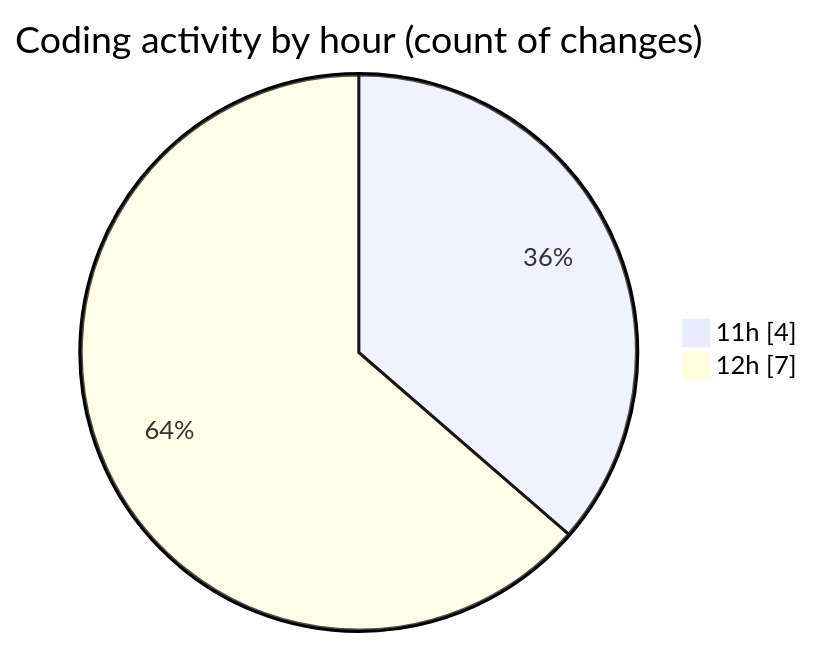
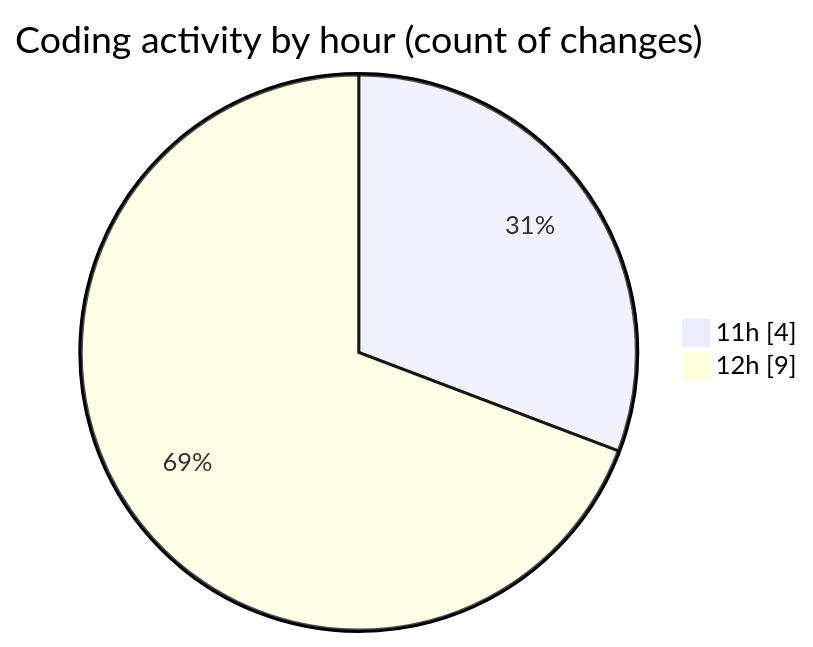
One commit to seballot/code-tracking changed the second of 2 diagrams in 2025-06-18/app__container_registration-app__calm-app__/README.md. Above: the diagram before and after it, drawn with Mermaid. The commit also changed other lines of this file and 1 other file, not shown here.

````diff
--- a/2025-06-18/app__container_registration-app__calm-app__/README.md
+++ b/2025-06-18/app__container_registration-app__calm-app__/README.md
@@ -28,6 +28,6 @@
 ```mermaid
 pie showData
 title Coding activity by hour (count of changes)
 "11h" : 4
-"12h" : 7
+"12h" : 9
 ```
````
